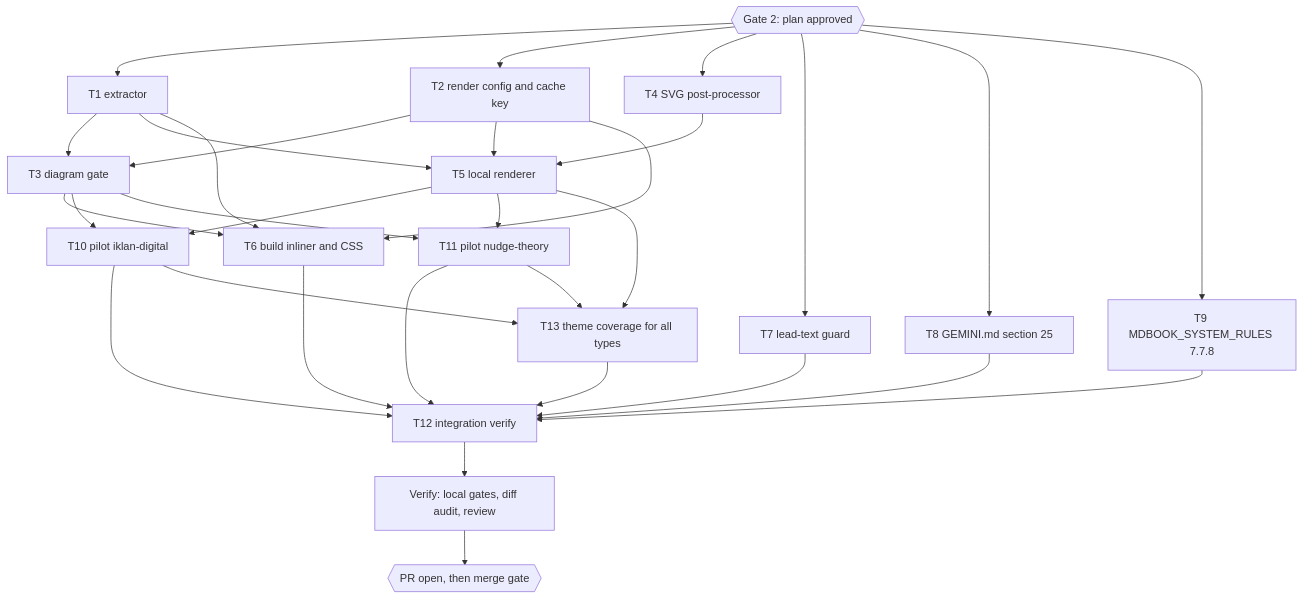
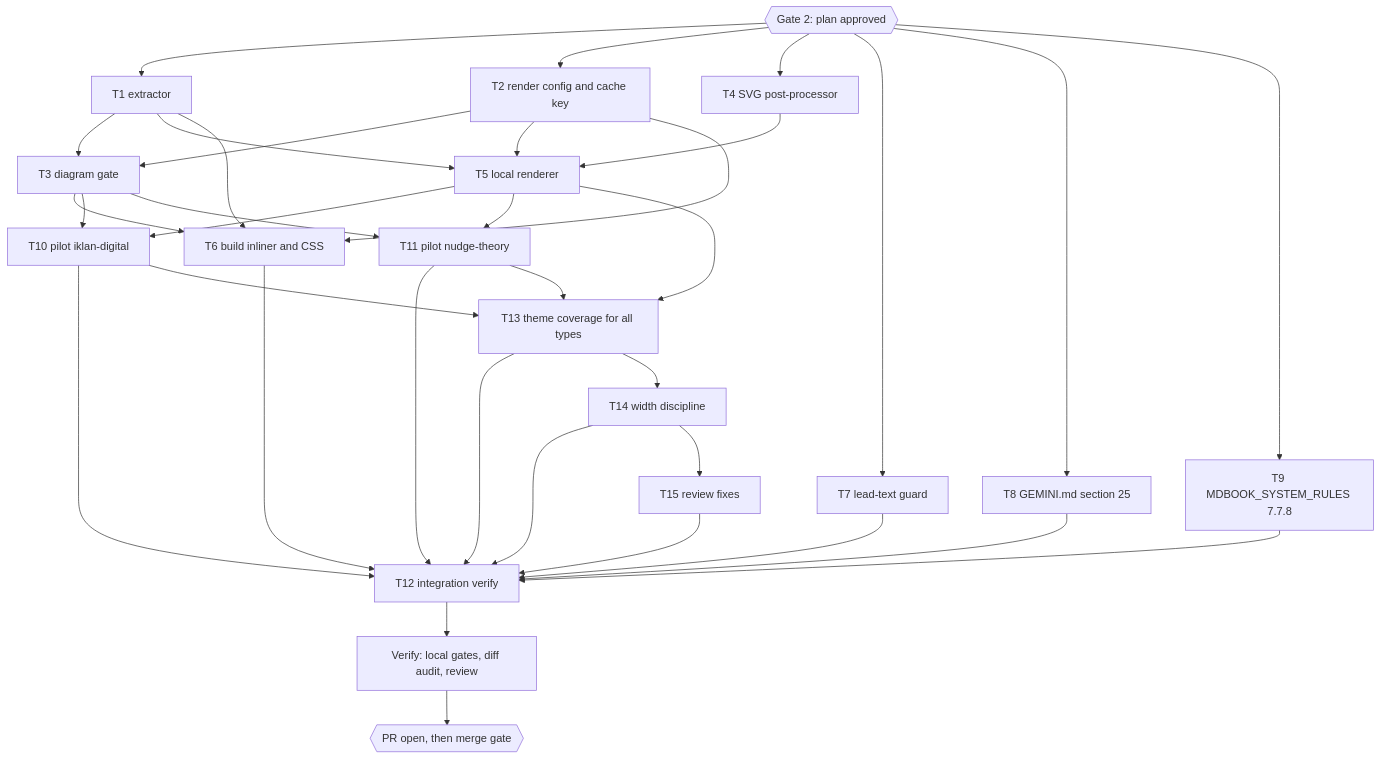
The diagram in docs/code-plan/plans/2026-10-16-dawnbook-mermaid-diagrams.md (belajarcarabelajar/dawnbook), drawn with Mermaid before and after one commit. The commit also changed other lines of this file and 1 other file, not shown here.

Commit message:
docs(diagrams): record T13-T15, mark superseded constraints, approve spec status

````diff
--- a/docs/code-plan/plans/2026-10-16-dawnbook-mermaid-diagrams.md
+++ b/docs/code-plan/plans/2026-10-16-dawnbook-mermaid-diagrams.md
@@ -242,36 +270,40 @@
 ```mermaid
 flowchart TD
     accTitle: Task graph for build-time Mermaid diagrams
     accDescr: After plan approval, foundation tasks for extraction, cache keys, post-processing, the lead-text guard and the two rule documents run in parallel. The gate and renderer follow, then the build inliner and the two pilot books, and the integration check closes the graph before verification and the pull request.
     G2{{"Gate 2: plan approved"}}
     G2 --> T1["T1 extractor"]
     G2 --> T2["T2 render config and cache key"]
     G2 --> T4["T4 SVG post-processor"]
     G2 --> T7["T7 lead-text guard"]
     G2 --> T8["T8 GEMINI.md section 25"]
     G2 --> T9["T9 MDBOOK_SYSTEM_RULES 7.7.8"]
     T1 --> T3["T3 diagram gate"]
     T2 --> T3
     T1 --> T5["T5 local renderer"]
     T2 --> T5
     T4 --> T5
     T1 --> T6["T6 build inliner and CSS"]
     T2 --> T6
     T3 --> T6
     T3 --> T10["T10 pilot iklan-digital"]
     T5 --> T10
     T3 --> T11["T11 pilot nudge-theory"]
     T5 --> T11
     T6 --> T12["T12 integration verify"]
     T7 --> T12
     T8 --> T12
     T9 --> T12
     T10 --> T12
     T11 --> T12
     T5 --> T13["T13 theme coverage for all types"]
     T10 --> T13
     T11 --> T13
     T13 --> T12
+    T13 --> T14["T14 width discipline"]
+    T14 --> T12
+    T14 --> T15["T15 review fixes"]
+    T15 --> T12
     T12 --> V["Verify: local gates, diff audit, review"]
     V --> PR{{"PR open, then merge gate"}}
 ```
````
